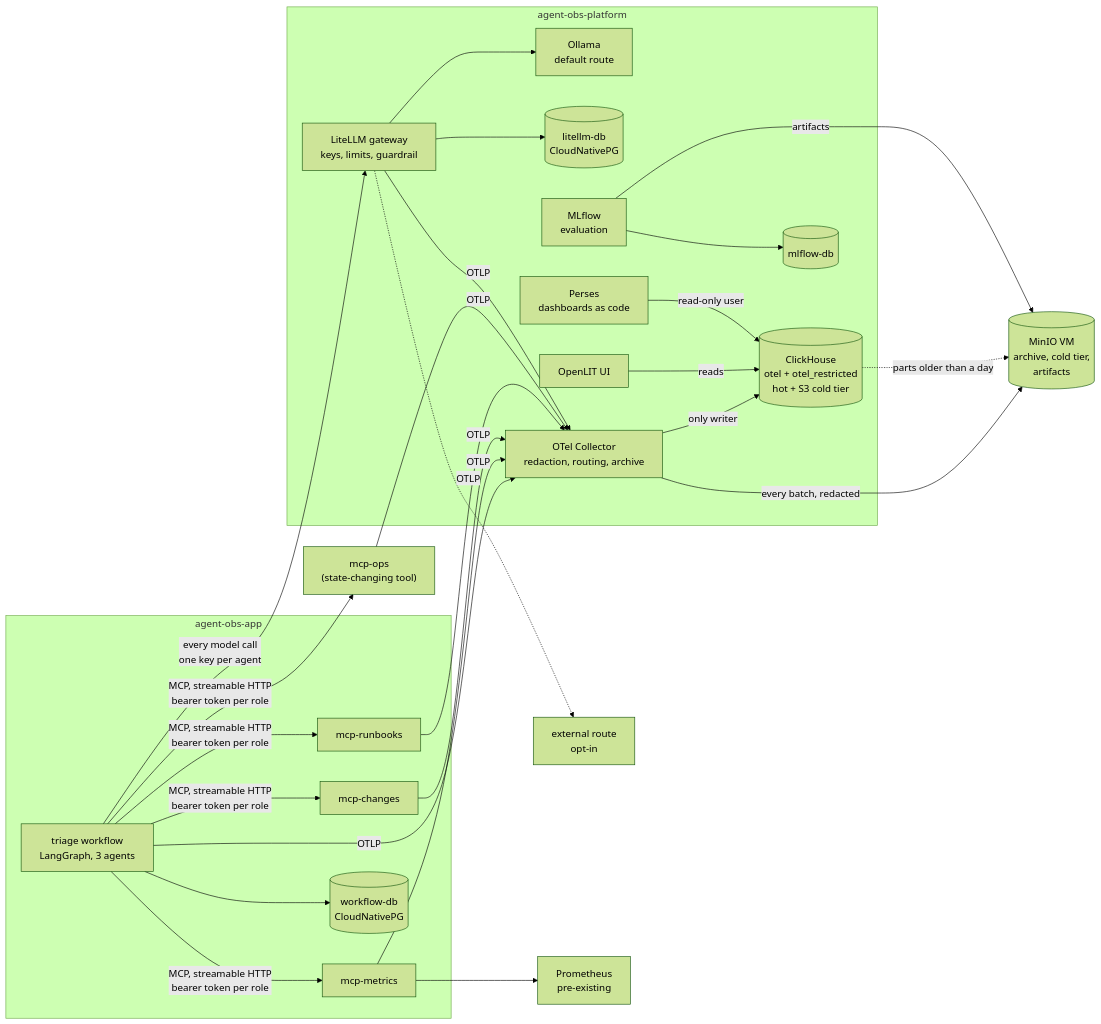
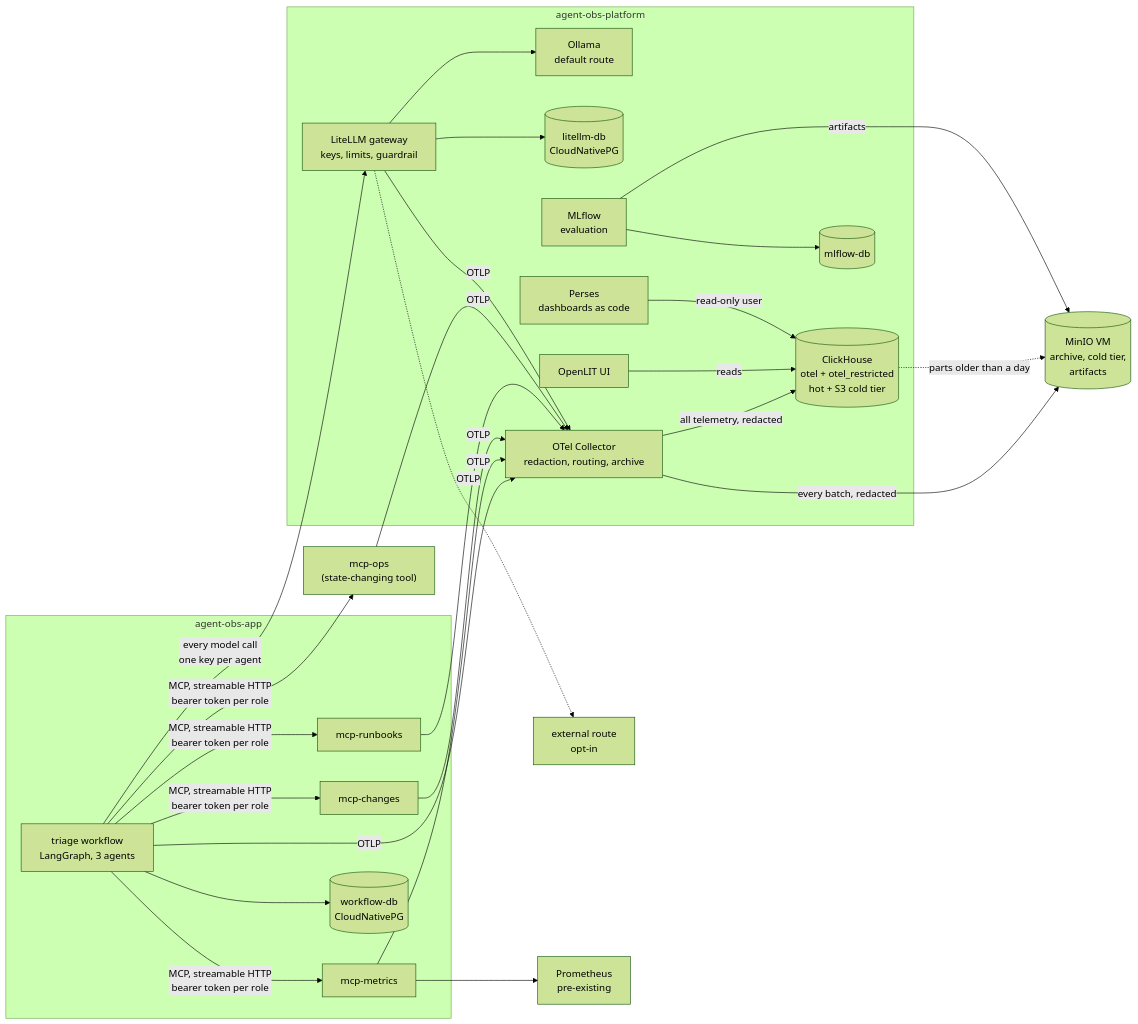
Before and after one commit to erdincka/agent-observability: the diagram in README.md, drawn with Mermaid (forest theme). The commit also changed other lines of this file and 10 other files, not shown here.

````diff
--- a/README.md
+++ b/README.md
@@ -84,41 +122,41 @@
 ```mermaid
 flowchart LR
   subgraph app["agent-obs-app"]
     WF["triage workflow<br/>LangGraph, 3 agents"]
     M1[mcp-metrics]
     M2[mcp-changes]
     M3[mcp-runbooks]
     WDB[("workflow-db<br/>CloudNativePG")]
   end
   subgraph platform["agent-obs-platform"]
     GW["LiteLLM gateway<br/>keys, limits, guardrail"]
     OL["Ollama<br/>default route"]
     LDB[("litellm-db<br/>CloudNativePG")]
     COL["OTel Collector<br/>redaction, routing, archive"]
     CH[("ClickHouse<br/>otel + otel_restricted<br/>hot + S3 cold tier")]
     UI[OpenLIT UI]
     PER["Perses<br/>dashboards as code"]
     MLF["MLflow<br/>evaluation"]
     MDB[("mlflow-db")]
   end
   M4["mcp-ops<br/>(state-changing tool)"]
   EXT["external route<br/>opt-in"]
   PROM["Prometheus<br/>pre-existing"]
   MINIO[("MinIO VM<br/>archive, cold tier,<br/>artifacts")]
 
   WF -- "MCP, streamable HTTP<br/>bearer token per role" --> M1 & M2 & M3 & M4
   M1 --> PROM
   WF -- "every model call<br/>one key per agent" --> GW
   GW --> OL
   GW -.-> EXT
   WF --> WDB
   GW --> LDB
   WF & M1 & M2 & M3 & M4 & GW -- OTLP --> COL
-  COL -- "only writer" --> CH
+  COL -- "all telemetry, redacted" --> CH
   COL -- "every batch, redacted" --> MINIO
   CH -. "parts older than a day" .-> MINIO
   UI -- reads --> CH
   PER -- "read-only user" --> CH
   MLF --> MDB
   MLF -- artifacts --> MINIO
 ```
````
